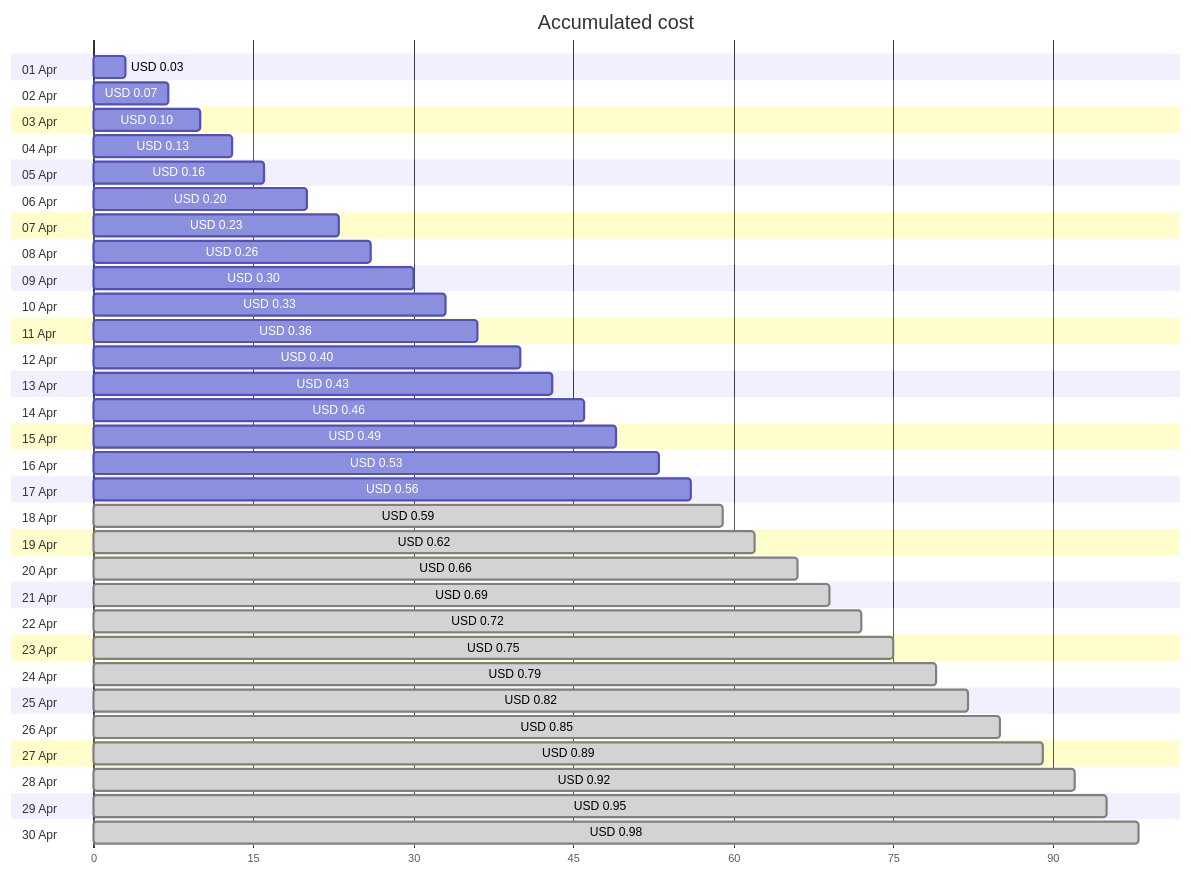
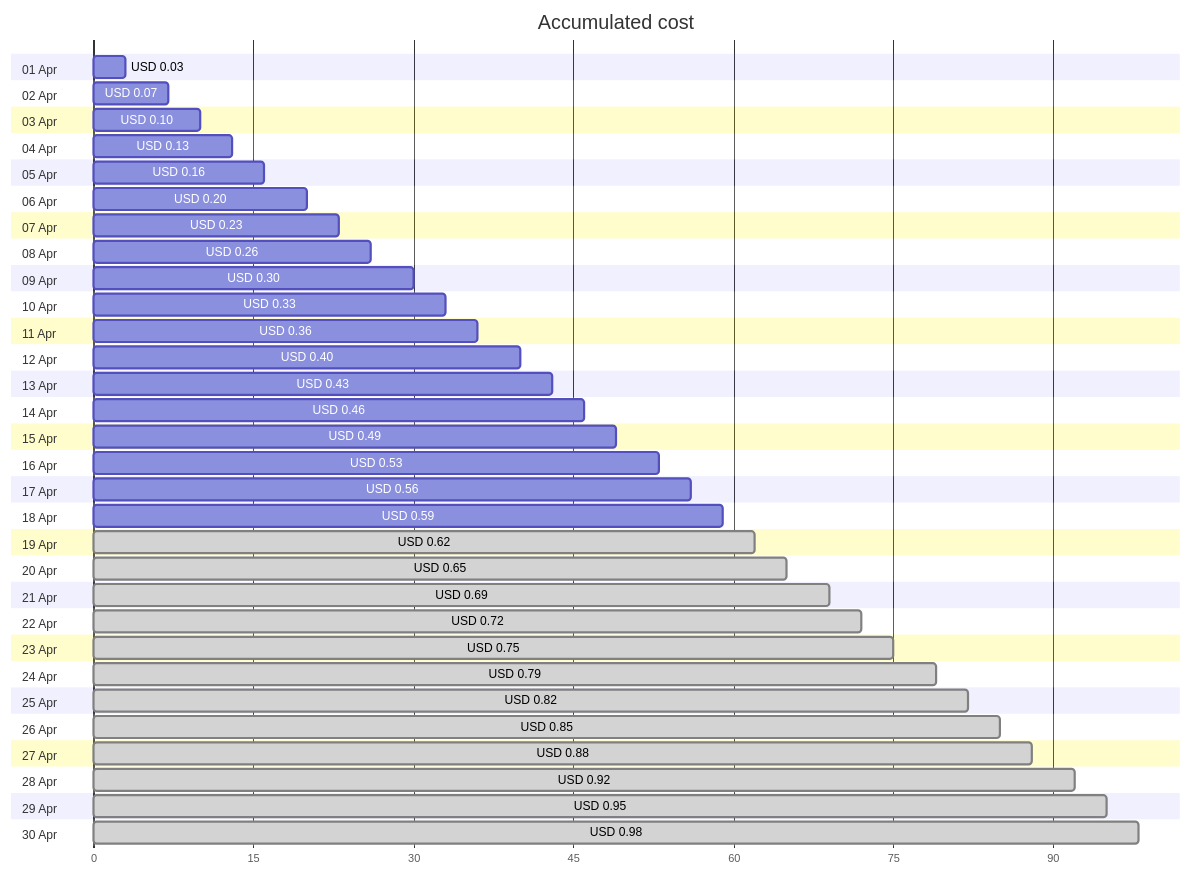
Before and after one commit to jpfulton/azure-personal-reports: the first of 4 diagrams in cost-reports/personal-dns/README.md, drawn with Mermaid. The commit also changed other lines of this file and 2 other files, not shown here.

````diff
--- a/cost-reports/personal-dns/README.md
+++ b/cost-reports/personal-dns/README.md
@@ -20,66 +20,66 @@
 ```mermaid
 gantt
    title Accumulated cost
    dateFormat  X
    axisFormat %s
    section 01 Apr
    USD 0.03 :0, 3
    section 02 Apr
    USD 0.07 :0, 7
    section 03 Apr
    USD 0.10 :0, 10
    section 04 Apr
    USD 0.13 :0, 13
    section 05 Apr
    USD 0.16 :0, 16
    section 06 Apr
    USD 0.20 :0, 20
    section 07 Apr
    USD 0.23 :0, 23
    section 08 Apr
    USD 0.26 :0, 26
    section 09 Apr
    USD 0.30 :0, 30
    section 10 Apr
    USD 0.33 :0, 33
    section 11 Apr
    USD 0.36 :0, 36
    section 12 Apr
    USD 0.40 :0, 40
    section 13 Apr
    USD 0.43 :0, 43
    section 14 Apr
    USD 0.46 :0, 46
    section 15 Apr
    USD 0.49 :0, 49
    section 16 Apr
    USD 0.53 :0, 53
    section 17 Apr
    USD 0.56 :0, 56
    section 18 Apr
-   USD 0.59 : done, 0, 59
+   USD 0.59 :0, 59
    section 19 Apr
    USD 0.62 : done, 0, 62
    section 20 Apr
-   USD 0.66 : done, 0, 66
+   USD 0.65 : done, 0, 65
    section 21 Apr
    USD 0.69 : done, 0, 69
    section 22 Apr
    USD 0.72 : done, 0, 72
    section 23 Apr
    USD 0.75 : done, 0, 75
    section 24 Apr
    USD 0.79 : done, 0, 79
    section 25 Apr
    USD 0.82 : done, 0, 82
    section 26 Apr
    USD 0.85 : done, 0, 85
    section 27 Apr
-   USD 0.89 : done, 0, 89
+   USD 0.88 : done, 0, 88
    section 28 Apr
    USD 0.92 : done, 0, 92
    section 29 Apr
    USD 0.95 : done, 0, 95
    section 30 Apr
    USD 0.98 : done, 0, 98
 ```
````
